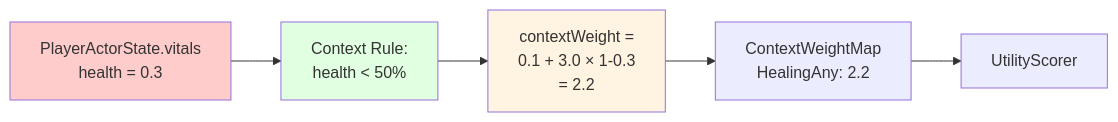
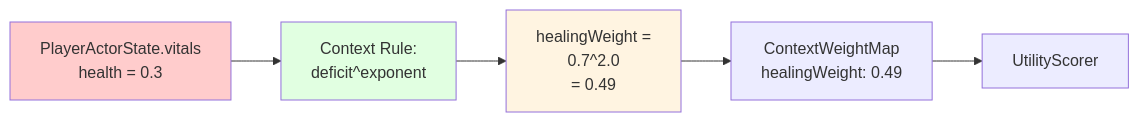
One commit to LandingCrew/huginn changed the ninth of 13 diagrams in docs/architecture/1-states.md. Above: the diagram before and after it, drawn with Mermaid. The commit also changed other lines of this file and 27 other files, not shown here.

````diff
--- a/docs/architecture/1-states.md
+++ b/docs/architecture/1-states.md
@@ -666,14 +870,14 @@
 ```mermaid
 graph LR
-    Vitals[PlayerActorState.vitals<br/>health = 0.3] --> Calc[Context Rule:<br/>health < 50%]
+    Vitals[PlayerActorState.vitals<br/>health = 0.3] --> Calc[Context Rule:<br/>deficit^exponent]
 
-    Calc --> Weight[contextWeight =<br/>0.1 + 3.0 × 1-0.3<br/>= 2.2]
+    Calc --> Weight[healingWeight =<br/>0.7^2.0<br/>= 0.49]
 
-    Weight --> Map[ContextWeightMap<br/>HealingAny: 2.2]
+    Weight --> Map[ContextWeightMap<br/>healingWeight: 0.49]
 
     Map --> Scorer[UtilityScorer]
 
     style Vitals fill:#ffcccc
     style Calc fill:#e1ffe1
     style Weight fill:#fff4e1
 ```
````
